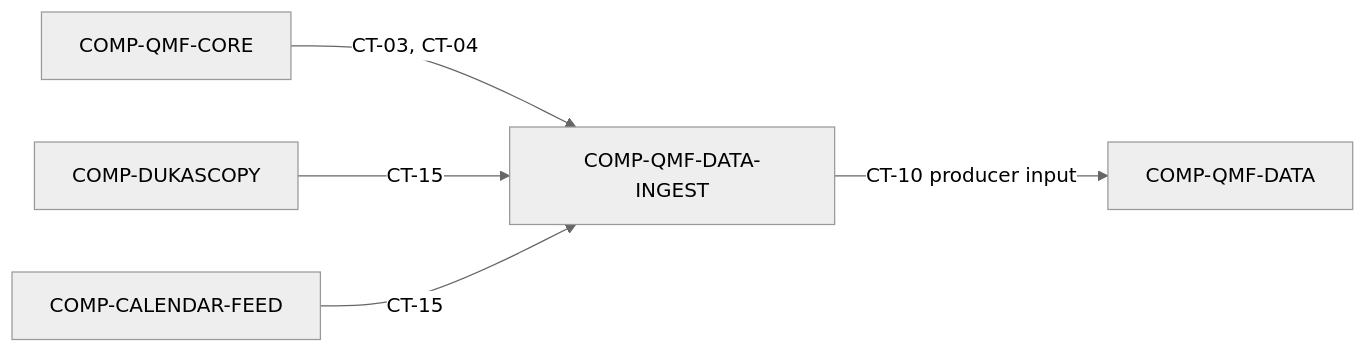
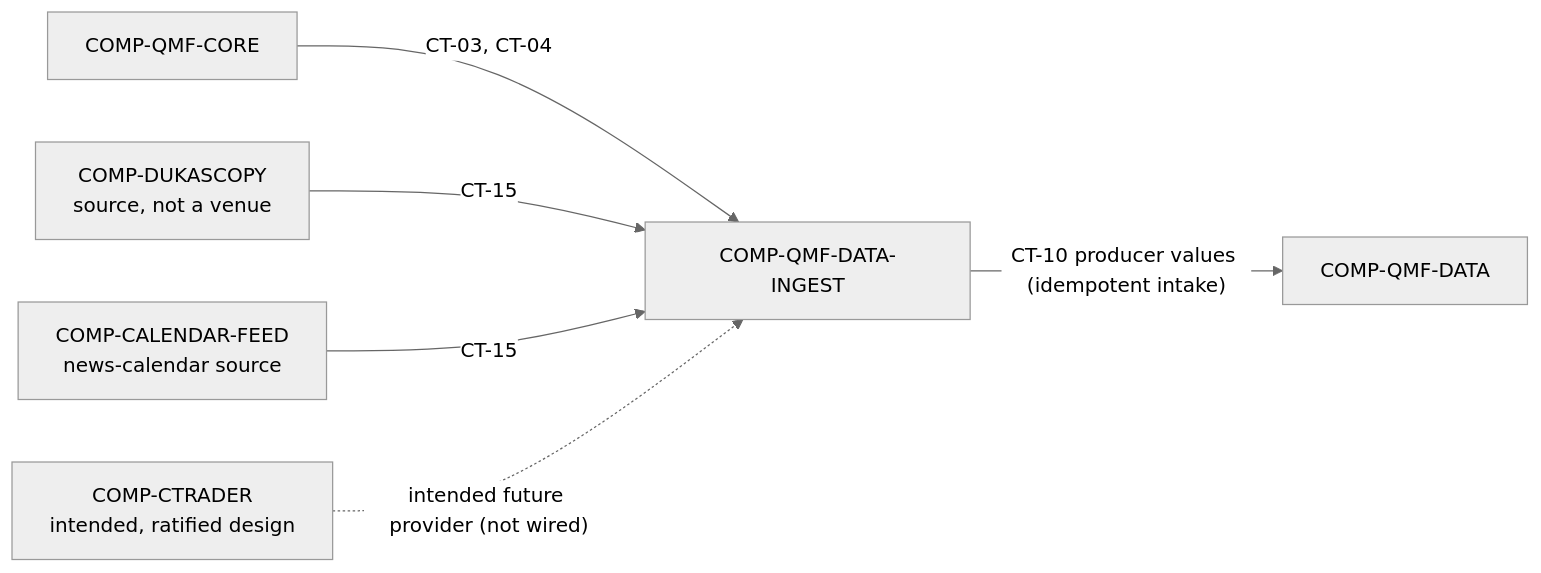
Before and after one commit to MubarakHimself/QMX: the diagram in docs/components/qmf-data-ingest.md, drawn with Mermaid (neutral theme). The commit also changed other lines of this file and 183 other files, not shown here.

````diff
--- a/docs/components/qmf-data-ingest.md
+++ b/docs/components/qmf-data-ingest.md
@@ -52,12 +58,14 @@
 ```mermaid
 flowchart LR
     core[COMP-QMF-CORE]
-    dukascopy[COMP-DUKASCOPY]
-    calendar[COMP-CALENDAR-FEED]
+    dukascopy[COMP-DUKASCOPY<br/>source, not a venue]
+    calendar[COMP-CALENDAR-FEED<br/>news-calendar source]
     ingest[COMP-QMF-DATA-INGEST]
     data[COMP-QMF-DATA]
+    ctrader[COMP-CTRADER<br/>intended, ratified design]
     core -->|"CT-03, CT-04"| ingest
     dukascopy -->|"CT-15"| ingest
     calendar -->|"CT-15"| ingest
-    ingest -->|"CT-10 producer input"| data
+    ctrader -. "intended future provider (not wired)" .-> ingest
+    ingest -->|"CT-10 producer values (idempotent intake)"| data
 ```
````
